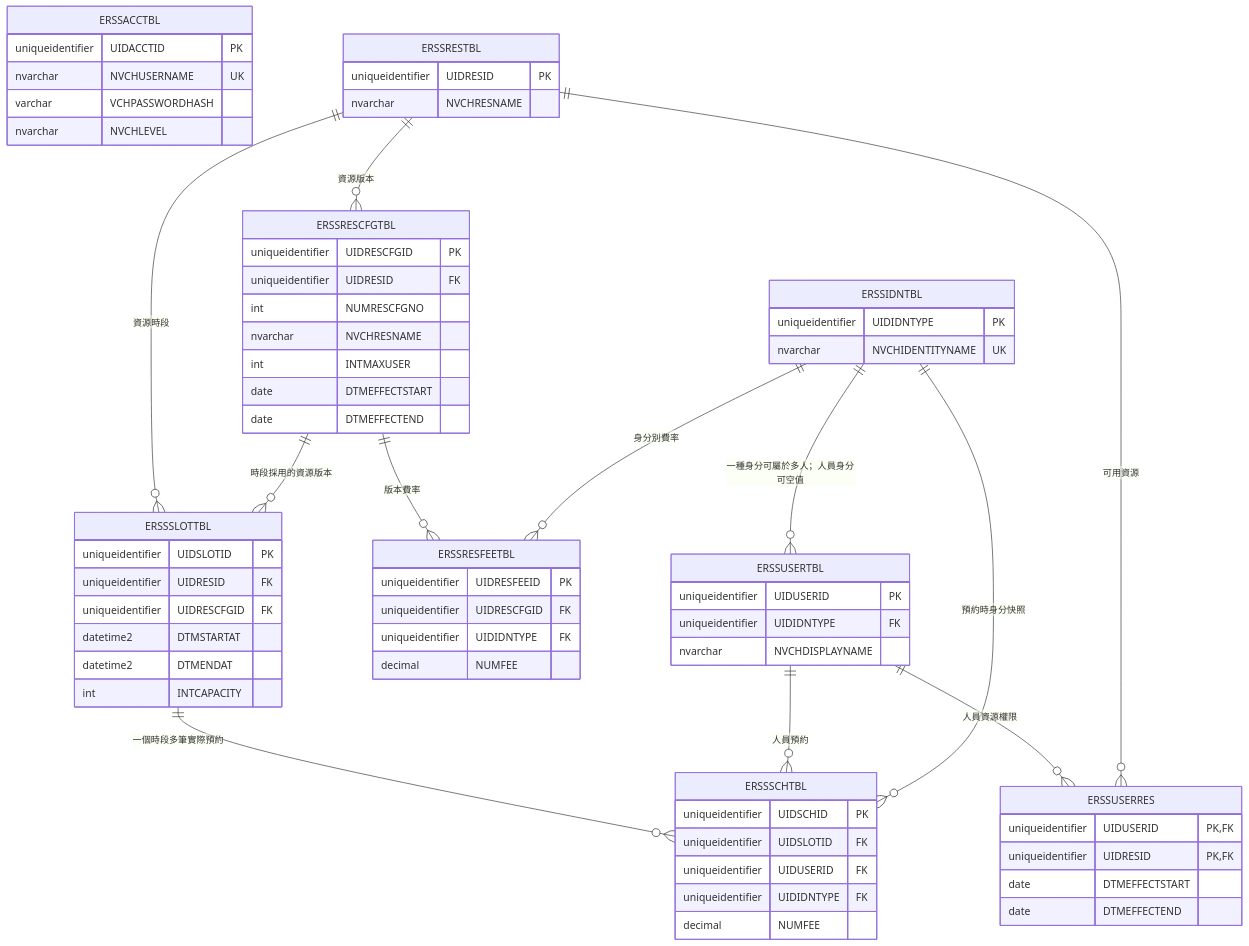
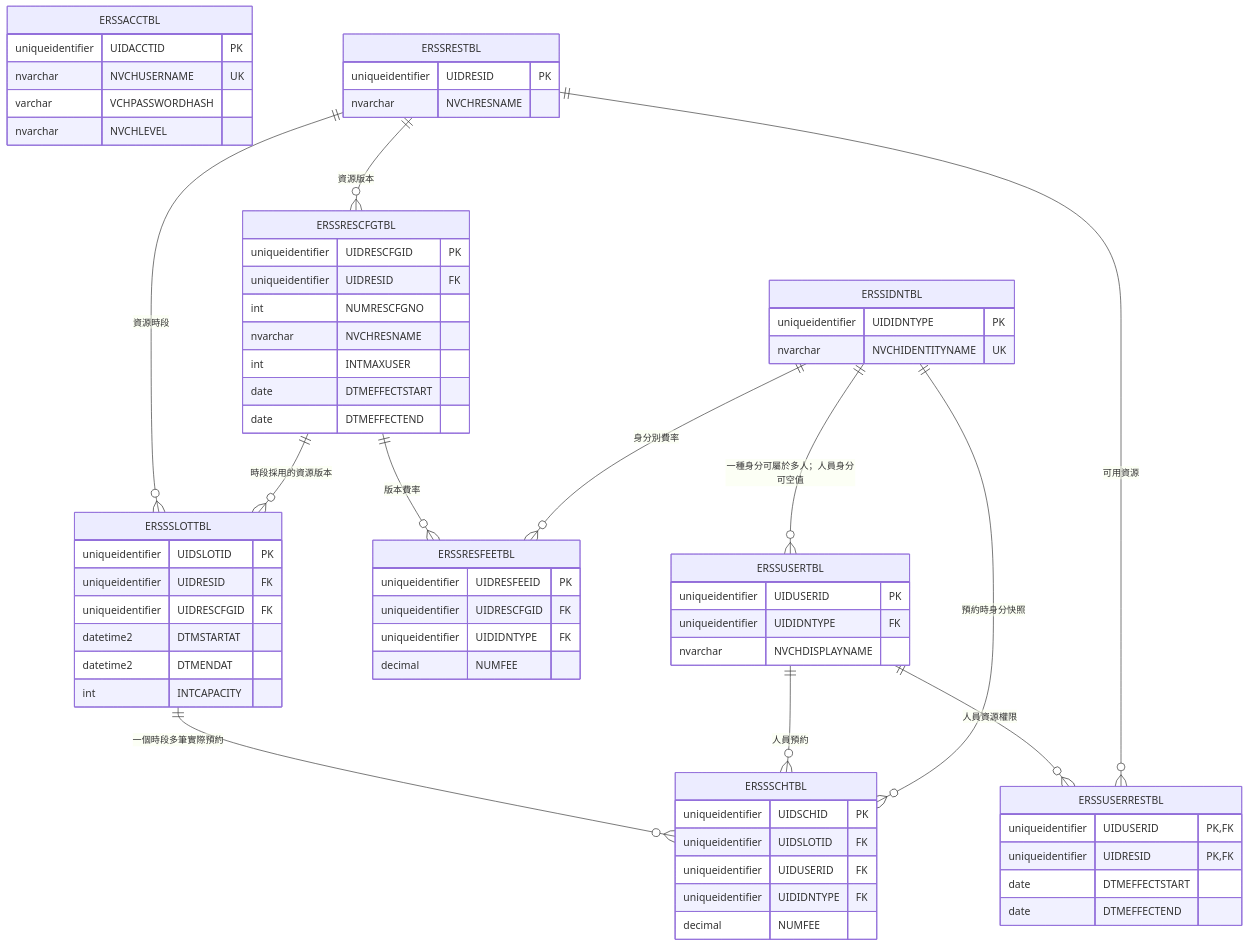
Before and after one commit to Ren-Hong/EnterpriseResourceSchedulingSystem: the diagram in EnterpriseResourceSchedulingSystem.Infrastructure/Persistence/ERSS-Table-Relationships.md, drawn with Mermaid. The commit also changed other lines of this file and 8 other files, not shown here.

````diff
--- a/EnterpriseResourceSchedulingSystem.Infrastructure/Persistence/ERSS-Table-Relationships.md
+++ b/EnterpriseResourceSchedulingSystem.Infrastructure/Persistence/ERSS-Table-Relationships.md
@@ -5,70 +5,70 @@
 ```mermaid
 erDiagram
     ERSSACCTBL {
         uniqueidentifier UIDACCTID PK
         nvarchar NVCHUSERNAME UK
         varchar VCHPASSWORDHASH
         nvarchar NVCHLEVEL
     }
     ERSSUSERTBL {
         uniqueidentifier UIDUSERID PK
         uniqueidentifier UIDIDNTYPE FK
         nvarchar NVCHDISPLAYNAME
     }
     ERSSIDNTBL {
         uniqueidentifier UIDIDNTYPE PK
         nvarchar NVCHIDENTITYNAME UK
     }
     ERSSRESTBL {
         uniqueidentifier UIDRESID PK
         nvarchar NVCHRESNAME
     }
     ERSSRESCFGTBL {
         uniqueidentifier UIDRESCFGID PK
         uniqueidentifier UIDRESID FK
         int NUMRESCFGNO
         nvarchar NVCHRESNAME
         int INTMAXUSER
         date DTMEFFECTSTART
         date DTMEFFECTEND
     }
     ERSSRESFEETBL {
         uniqueidentifier UIDRESFEEID PK
         uniqueidentifier UIDRESCFGID FK
         uniqueidentifier UIDIDNTYPE FK
         decimal NUMFEE
     }
-    ERSSUSERRES {
+    ERSSUSERRESTBL {
         uniqueidentifier UIDUSERID PK, FK
         uniqueidentifier UIDRESID PK, FK
         date DTMEFFECTSTART
         date DTMEFFECTEND
     }
     ERSSSLOTTBL {
         uniqueidentifier UIDSLOTID PK
         uniqueidentifier UIDRESID FK
         uniqueidentifier UIDRESCFGID FK
         datetime2 DTMSTARTAT
         datetime2 DTMENDAT
         int INTCAPACITY
     }
     ERSSSCHTBL {
         uniqueidentifier UIDSCHID PK
         uniqueidentifier UIDSLOTID FK
         uniqueidentifier UIDUSERID FK
         uniqueidentifier UIDIDNTYPE FK
         decimal NUMFEE
     }
 
     ERSSIDNTBL ||--o{ ERSSUSERTBL : "一種身分可屬於多人；人員身分可空值"
     ERSSRESTBL ||--o{ ERSSRESCFGTBL : "資源版本"
     ERSSRESCFGTBL ||--o{ ERSSRESFEETBL : "版本費率"
     ERSSIDNTBL ||--o{ ERSSRESFEETBL : "身分別費率"
-    ERSSUSERTBL ||--o{ ERSSUSERRES : "人員資源權限"
-    ERSSRESTBL ||--o{ ERSSUSERRES : "可用資源"
+    ERSSUSERTBL ||--o{ ERSSUSERRESTBL : "人員資源權限"
+    ERSSRESTBL ||--o{ ERSSUSERRESTBL : "可用資源"
     ERSSRESTBL ||--o{ ERSSSLOTTBL : "資源時段"
     ERSSRESCFGTBL ||--o{ ERSSSLOTTBL : "時段採用的資源版本"
     ERSSSLOTTBL ||--o{ ERSSSCHTBL : "一個時段多筆實際預約"
     ERSSUSERTBL ||--o{ ERSSSCHTBL : "人員預約"
     ERSSIDNTBL ||--o{ ERSSSCHTBL : "預約時身分快照"
 ```
````
